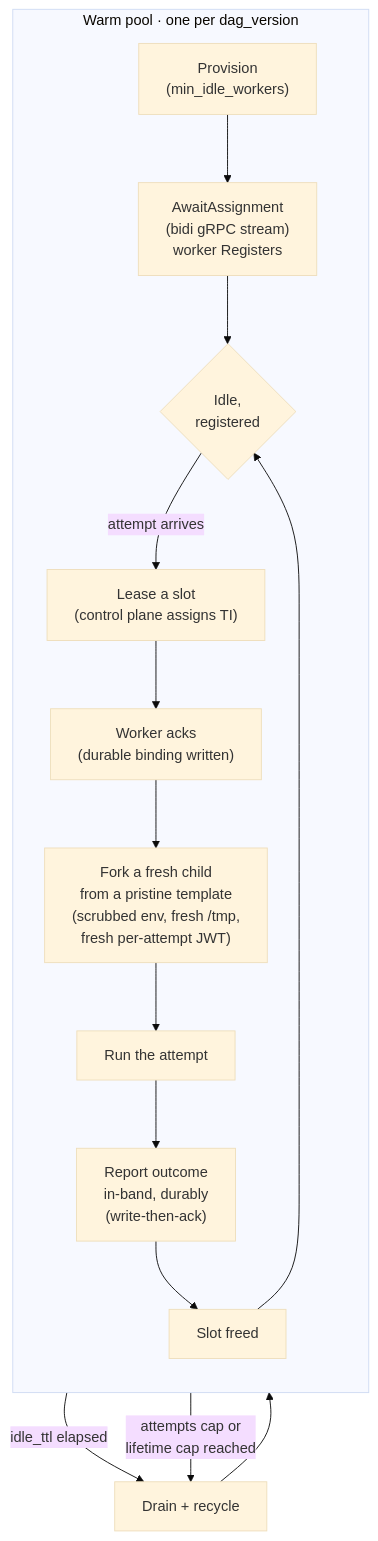
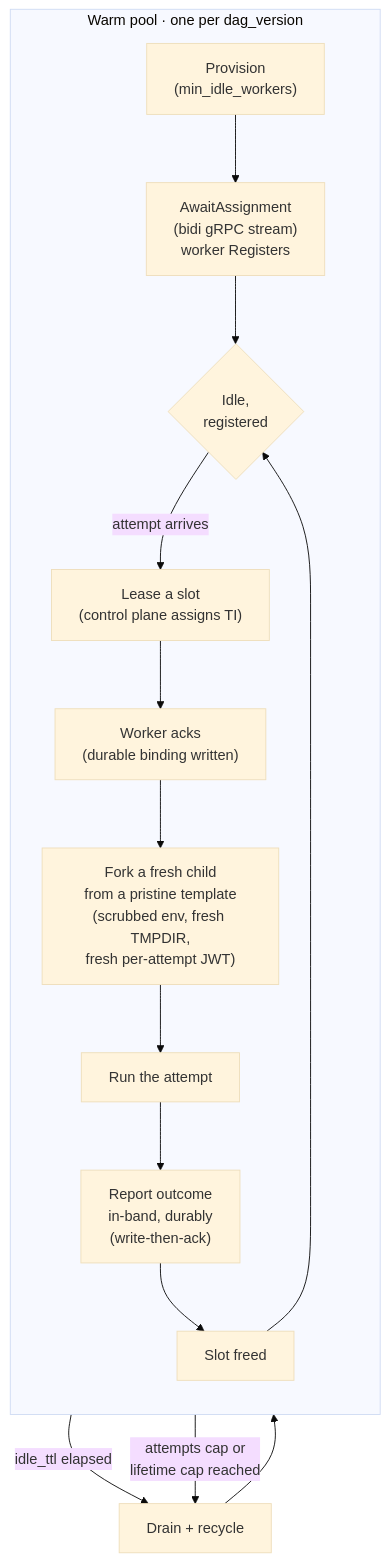
One commit to neochaotic/leoflow changed the diagram in website/content/operate/warm-pools.md. Above: the diagram before and after it, drawn with Mermaid (base theme). The commit also changed other lines of this file and 2 other files, not shown here.

````diff
--- a/website/content/operate/warm-pools.md
+++ b/website/content/operate/warm-pools.md
@@ -154,18 +154,18 @@
 ```mermaid
 flowchart TB
   subgraph POOL["Warm pool · one per dag_version"]
     direction TB
     PROV["Provision<br/>(min_idle_workers)"] --> AWAIT["AwaitAssignment<br/>(bidi gRPC stream)<br/>worker Registers"]
     AWAIT --> IDLE{"Idle,<br/>registered"}
     IDLE -->|attempt arrives| LEASE["Lease a slot<br/>(control plane assigns TI)"]
     LEASE --> ACK["Worker acks<br/>(durable binding written)"]
-    ACK --> FORK["Fork a fresh child<br/>from a pristine template<br/>(scrubbed env, fresh /tmp,<br/>fresh per-attempt JWT)"]
+    ACK --> FORK["Fork a fresh child<br/>from a pristine template<br/>(scrubbed env, fresh TMPDIR,<br/>fresh per-attempt JWT)"]
     FORK --> RUN["Run the attempt"]
     RUN --> OUT["Report outcome<br/>in-band, durably<br/>(write-then-ack)"]
     OUT --> FREE["Slot freed"]
     FREE --> IDLE
   end
   IDLE -->|idle_ttl elapsed| RECYCLE["Drain + recycle"]
   FREE -->|attempts cap or<br/>lifetime cap reached| RECYCLE
   RECYCLE --> PROV
 ```
````
